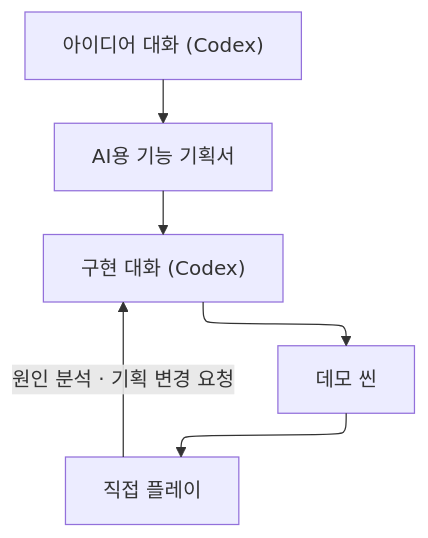
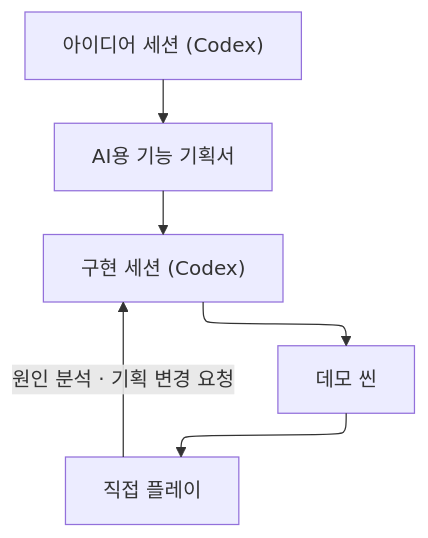
One commit to Lets-Gitit/portfolio changed the second of 2 diagrams in src/4-snowball-golf/기술문서.md. Above: the diagram before and after it, drawn with Mermaid. The commit also changed other lines of this file and 2 other files, not shown here.

````diff
--- a/src/4-snowball-golf/기술문서.md
+++ b/src/4-snowball-golf/기술문서.md
@@ -186,12 +184,12 @@
 ```mermaid
 ---
 config:
   layout: elk
 ---
 flowchart TD
-    A["아이디어 대화 (Codex)"] --> B["AI용 기능 기획서"]
-    B --> C["구현 대화 (Codex)"]
+    A["아이디어 세션 (Codex)"] --> B["AI용 기능 기획서"]
+    B --> C["구현 세션 (Codex)"]
     C --> D["데모 씬"]
     D --> E["직접 플레이"]
     E -->|"원인 분석 · 기획 변경 요청"| C
 ```
````
